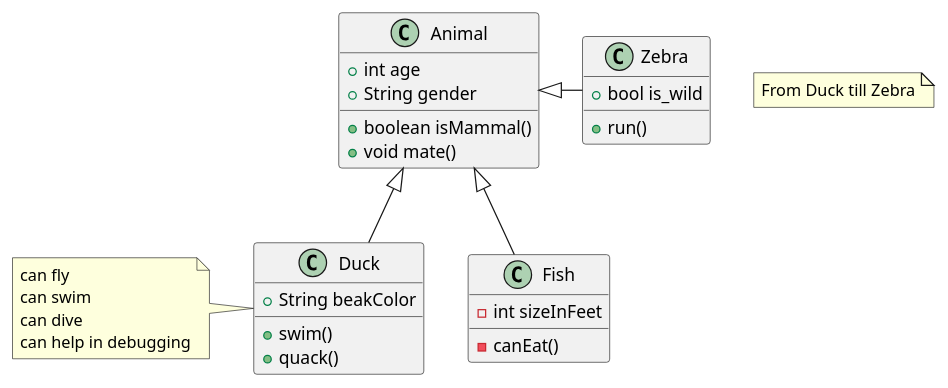
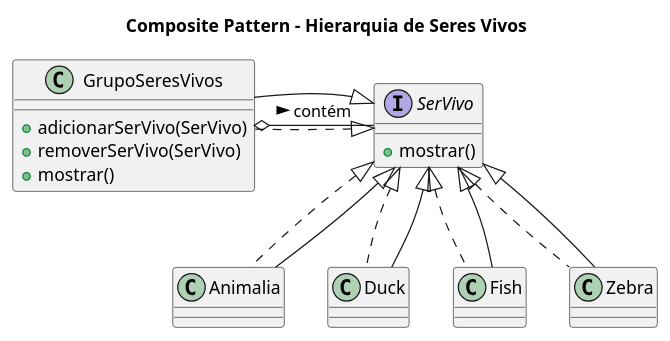
The diagram in AnimalExample.puml (20242-ifba-saj-ads-ppr/seminario-ppr-estrutural-composite-equipe5), drawn with PlantUML before and after one commit.

Commit message:
melhorando participantes

```diff
--- a/AnimalExample.puml
+++ b/AnimalExample.puml
@@ -3,33 +1,31 @@
-@startuml title: Animal example
-note "From Duck till Zebra" as n1
-class Animal{
-    +int age
-    +String gender
-    + boolean isMammal()
-    + void mate()
-}
-'para a heranca ficar para baixo
-class Duck extends Animal{
-    +String beakColor
-    +swim()
-    +quack()
-}
-class Fish{
-    -int sizeInFeet
-    -canEat()
-}
-class Zebra{    
-    +bool is_wild
-    +run()
+@startuml
+title: Composite Pattern - Hierarquia de Seres Vivos
+
+' Definição do Componente
+interface SerVivo {
+    +mostrar()
 }
 
-class Duck
-note left: can fly\ncan swim\ncan dive\ncan help in debugging
+' Folhas (Leafs) - Seres individuais
+class Animalia implements SerVivo
+class Duck implements SerVivo
+class Fish implements SerVivo
+class Zebra implements SerVivo
 
-'para a heranca ficar para o lado
-Animal <|- Zebra 
+' Composto (Composite) - Grupo de Seres Vivos
+class GrupoSeresVivos implements SerVivo {
+    +adicionarSerVivo(SerVivo)
+    +removerSerVivo(SerVivo)
+    +mostrar()
+}
 
-'para a heranca ficar para baixo
-Animal <|-- Fish 
+' Relações do padrão Composite
+SerVivo <|-- Animalia
+SerVivo <|-- Duck
+SerVivo <|-- Fish
+SerVivo <|-- Zebra
+SerVivo <|-- GrupoSeresVivos
+
+GrupoSeresVivos o- SerVivo : contém >
 
 @enduml
```
